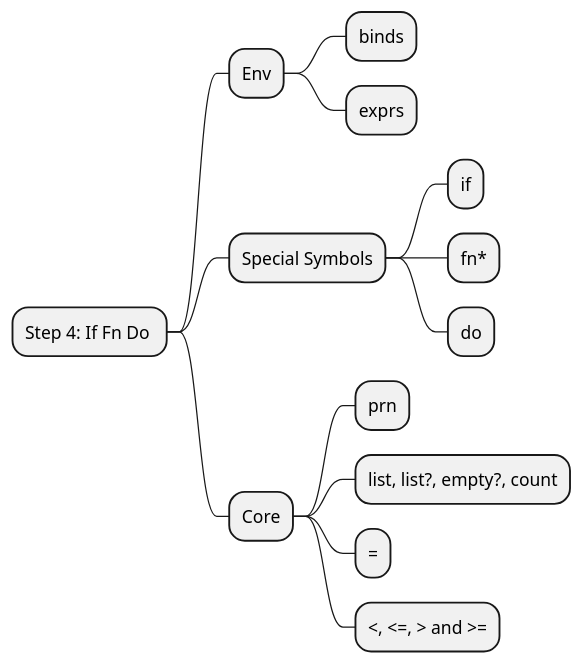
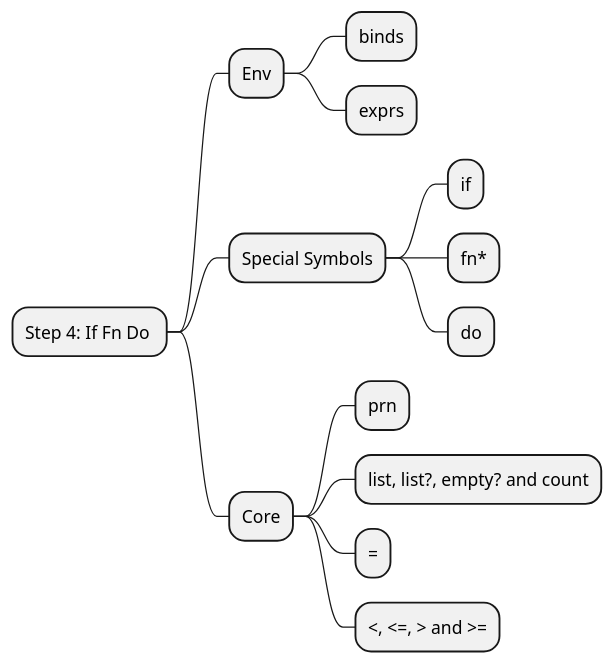
The fifth of 5 diagrams in README.md (Ragnarok540/mal), drawn with PlantUML before and after one commit. The commit also changed 4 other files, not shown here.

````diff
--- a/README.md
+++ b/README.md
@@ -78,17 +78,17 @@
 ```plantuml
 @startmindmap
 # Step 4: If Fn Do 
 ## Env
 ### binds
 ### exprs
 ## Special Symbols
 ### if
 ### fn*
 ### do
 ## Core
 ### prn
-### list, list?, empty?, count
+### list, list?, empty? and count
 ### =
 ### <, <=, > and >=
 @endmindmap
 ```
````
